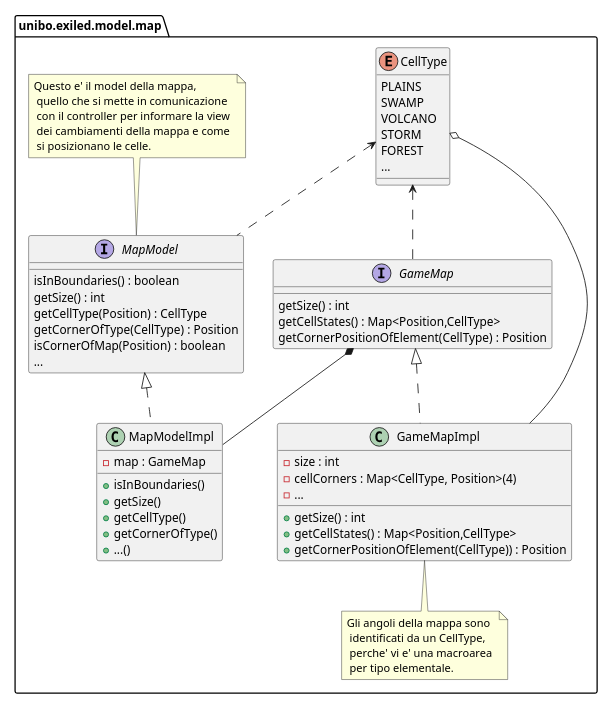
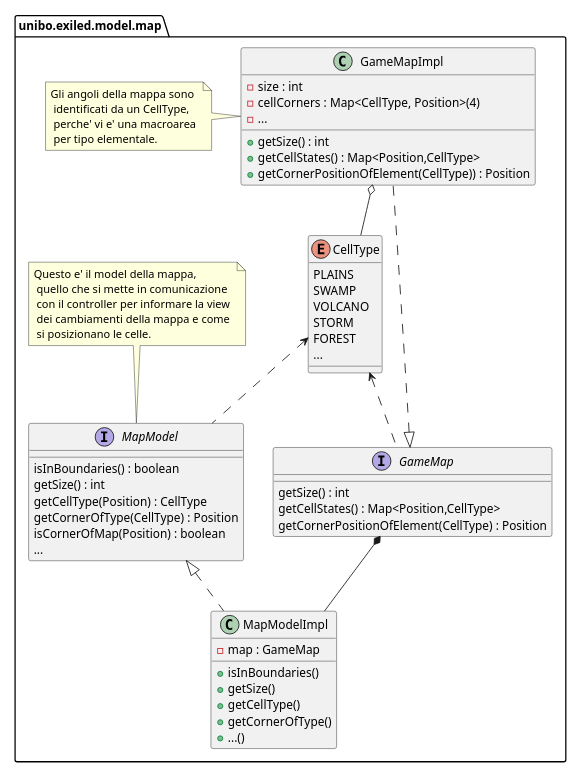
The diagram in docs/map/exiled-map-uml.puml (unibo-oop-projects/OOP23-Baldoni-Beylax-Casadei-MarcoMagnani03-Pazzaglia-exiled), drawn with PlantUML before and after one commit. The commit also changed 14 other files, not shown here.

```diff
--- a/docs/map/exiled-map-uml.puml
+++ b/docs/map/exiled-map-uml.puml
@@ -1,49 +1,49 @@
 @startuml
 scale 0.60
 set separator none
 package unibo.exiled.model.map{
     interface GameMap{
         getSize() : int
         getCellStates() : Map<Position,CellType>
         getCornerPositionOfElement(CellType) : Position
     }
     class GameMapImpl implements GameMap{
         - size : int
         - {field} cellCorners : Map<CellType, Position>(4)
         -...
         + getSize() : int
         + getCellStates() : Map<Position,CellType>
         + getCornerPositionOfElement(CellType)) : Position
     }
-    note bottom : Gli angoli della mappa sono \n identificati da un CellType, \n perche' vi e' una macroarea \n per tipo elementale.
+    note left : Gli angoli della mappa sono \n identificati da un CellType, \n perche' vi e' una macroarea \n per tipo elementale.
     enum CellType{
         PLAINS
         SWAMP
         VOLCANO
         STORM
         FOREST
         ...
     }
     interface MapModel{
         isInBoundaries() : boolean
         getSize() : int
         getCellType(Position) : CellType
         getCornerOfType(CellType) : Position
         isCornerOfMap(Position) : boolean
         {method} ...
     }
     note top : Questo e' il model della mappa,\n quello che si mette in comunicazione \n con il controller per informare la view \n dei cambiamenti della mappa e come \n si posizionano le celle.
     class MapModelImpl implements MapModel{
         - map : GameMap
         + isInBoundaries()
         + getSize()
         + getCellType()
         + getCornerOfType()
         + ...()
     }
 }
 CellType <.. GameMap
-CellType o-- GameMapImpl
+GameMapImpl o-- CellType
 CellType <.. MapModel
 GameMap *-- MapModelImpl
 @enduml
```
